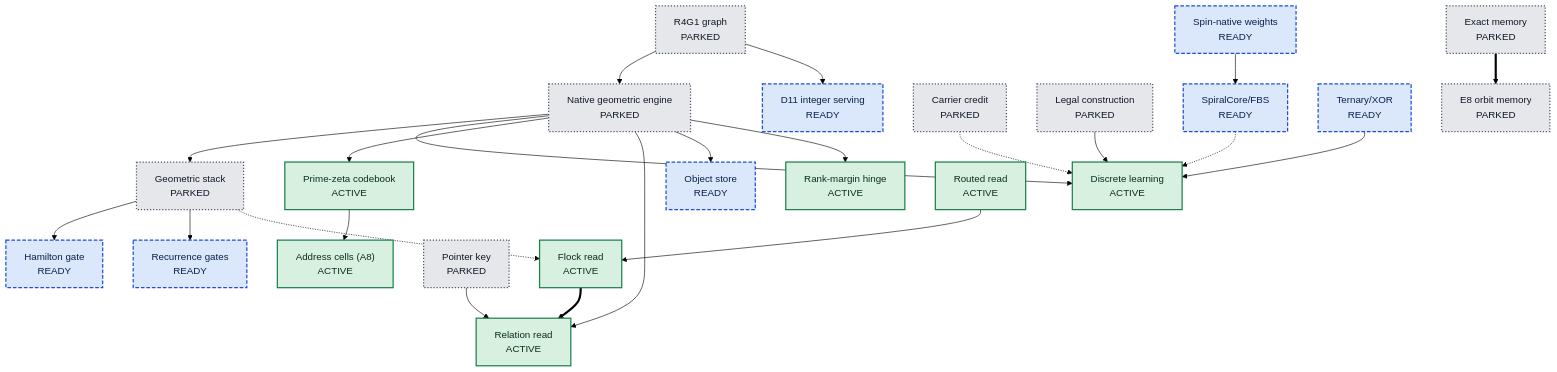
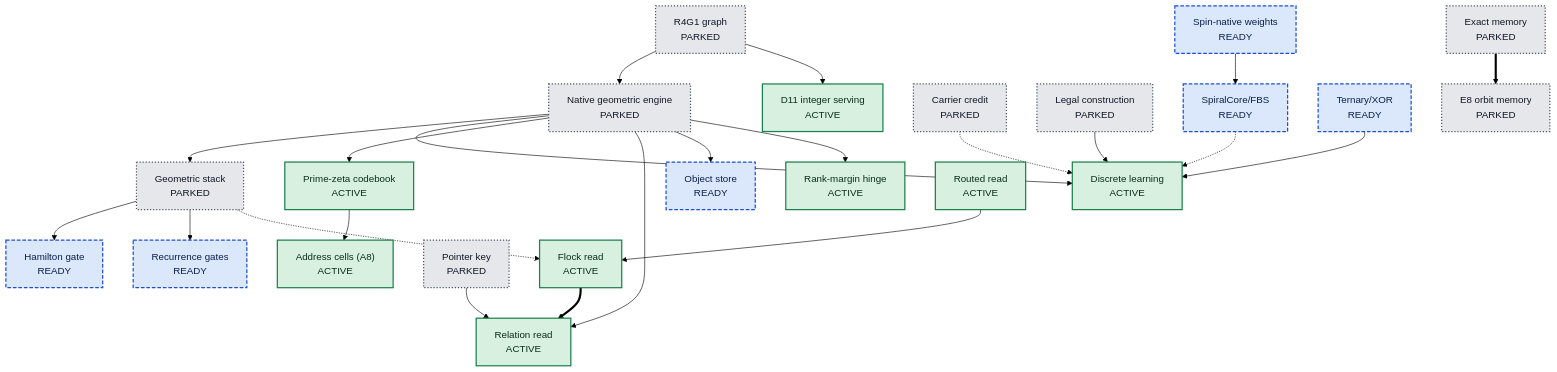
The diagram in docs/mechanisms/README.md (UOR-Foundation/uor-r4), drawn with Mermaid (forest theme) before and after one commit. The commit also changed other lines of this file and 4 other files, not shown here.

````diff
--- a/docs/mechanisms/README.md
+++ b/docs/mechanisms/README.md
@@ -25,54 +25,54 @@
 ```mermaid
 flowchart TD
   r4g1["R4G1 graph<br/>PARKED"]
   nat["Native geometric engine<br/>PARKED"]
-  lut["D11 integer serving<br/>READY"]
+  lut["D11 integer serving<br/>ACTIVE"]
   stack["Geometric stack<br/>PARKED"]
   disc["Discrete learning<br/>ACTIVE"]
   pz["Prime-zeta codebook<br/>ACTIVE"]
   rel["Relation read<br/>ACTIVE"]
   obj["Object store<br/>READY"]
   rank["Rank-margin hinge<br/>ACTIVE"]
   cc["Carrier credit<br/>PARKED"]
   lc["Legal construction<br/>PARKED"]
   sfbs["SpiralCore/FBS<br/>READY"]
   tx["Ternary/XOR<br/>READY"]
   spin["Spin-native weights<br/>READY"]
   ham["Hamilton gate<br/>READY"]
   rec["Recurrence gates<br/>READY"]
   flock["Flock read<br/>ACTIVE"]
   route["Routed read<br/>ACTIVE"]
   ptr["Pointer key<br/>PARKED"]
   cells["Address cells (A8)<br/>ACTIVE"]
   mem["Exact memory<br/>PARKED"]
   e8["E8 orbit memory<br/>PARKED"]
 
   r4g1 --> nat
   r4g1 --> lut
   nat --> stack
   nat --> disc
   nat --> pz
   nat --> rel
   nat --> obj
   nat --> rank
   cc -.-> disc
   lc --> disc
   sfbs -.-> disc
   tx --> disc
   spin --> sfbs
   stack --> ham
   stack --> rec
   stack -.-> flock
   route --> flock
   flock ==> rel
   ptr --> rel
   pz --> cells
   mem ==> e8
 
   classDef ACTIVE fill:#d7f0e0,stroke:#1a7f4b,color:#0b2e1a,stroke-width:2px
   classDef READY fill:#dbe8fb,stroke:#1d4ed8,color:#0b1f4d,stroke-width:2px,stroke-dasharray:6 3
   classDef PARKED fill:#e5e7eb,stroke:#4b5563,color:#111827,stroke-width:2px,stroke-dasharray:2 3
-  class disc,pz,rel,rank,flock,route,cells ACTIVE
-  class obj,sfbs,ham,rec,lut,tx,spin READY
+  class disc,pz,rel,rank,flock,route,cells,lut ACTIVE
+  class obj,sfbs,ham,rec,tx,spin READY
   class r4g1,nat,stack,cc,lc,ptr,mem,e8 PARKED
 ```
````
